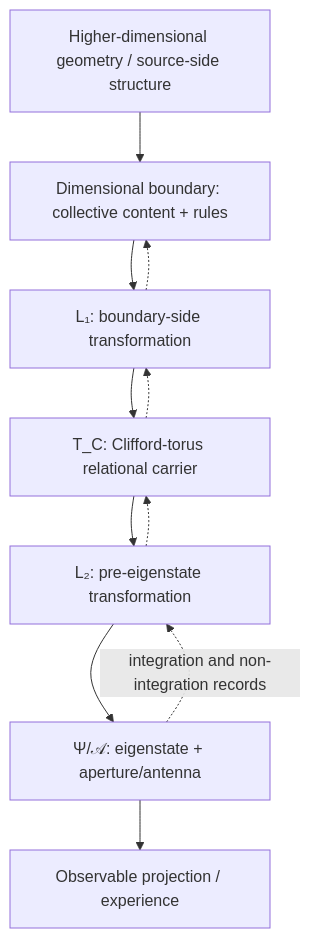
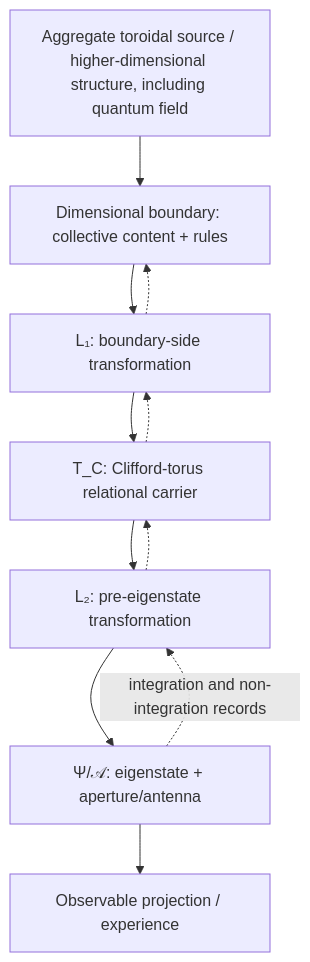
Before and after one commit to sovereign-architect618/Inside-Out-Projection-Model: the first of 10 diagrams in workspace/formalization/2026-10-06/IOM_Current_Recursive_Relationship_Maps.md, drawn with Mermaid. The commit also changed other lines of this file, not shown here.

Commit message:
Restore aggregate source and quantum-field architecture

````diff
--- a/workspace/formalization/2026-10-06/IOM_Current_Recursive_Relationship_Maps.md
+++ b/workspace/formalization/2026-10-06/IOM_Current_Recursive_Relationship_Maps.md
@@ -12,16 +12,16 @@
 ```mermaid
 flowchart TD
-    H["Higher-dimensional geometry / source-side structure"]
+    H["Aggregate toroidal source / higher-dimensional structure, including quantum field"]
     B["Dimensional boundary: collective content + rules"]
     L1["L₁: boundary-side transformation"]
     TC["T_C: Clifford-torus relational carrier"]
     L2["L₂: pre-eigenstate transformation"]
     PA["Ψ/𝒜: eigenstate + aperture/antenna"]
     O["Observable projection / experience"]
 
     H --> B --> L1 --> TC --> L2 --> PA --> O
     PA -. "integration and non-integration records" .-> L2
     L2 -.-> TC
     TC -.-> L1
     L1 -.-> B
 ```
````
